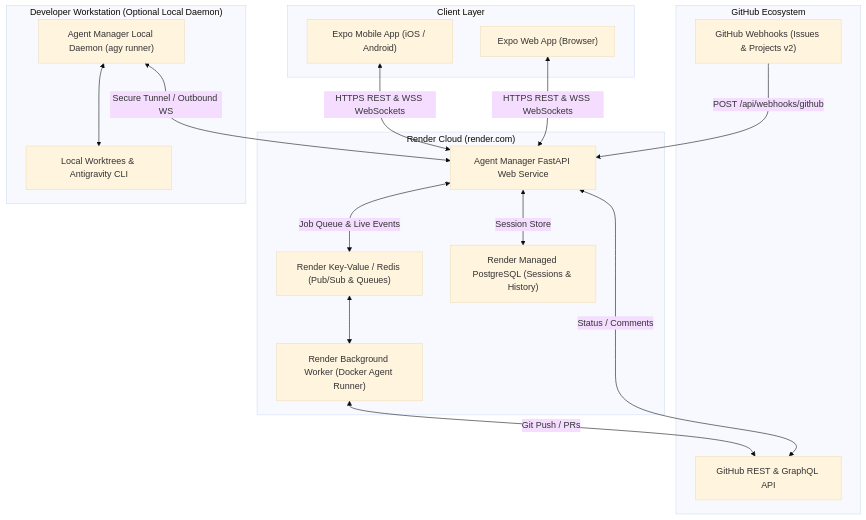
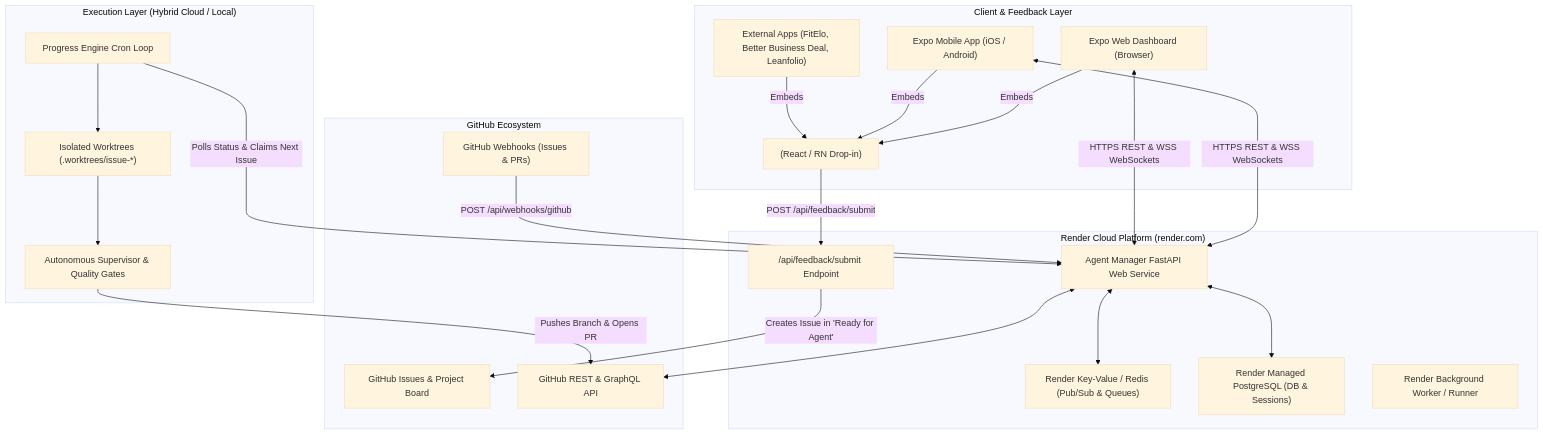
The diagram in docs/hosting_and_expo_plan.md (BowenMichael/agent-manager), drawn with Mermaid (base theme) before and after one commit. The commit also changed other lines of this file and 91 other files, not shown here.

Commit message:
feat: manifesto, metrics engine, progress daemon, hosting flywheel plan, and resume guide

````diff
--- a/docs/hosting_and_expo_plan.md
+++ b/docs/hosting_and_expo_plan.md
@@ -28,42 +60,52 @@
 ```mermaid
 flowchart TD
-    subgraph Client Layer
-        EXPO_WEB["Expo Web App (Browser)"]
+    subgraph ClientLayer ["Client & Feedback Layer"]
         EXPO_MOB["Expo Mobile App (iOS / Android)"]
+        EXPO_WEB["Expo Web Dashboard (Browser)"]
+        EXT_APPS["External Apps (FitElo, Better Business Deal, Leanfolio)"]
+        WIDGET["<AgentFeedbackWidget /> (React / RN Drop-in)"]
     end
 
-    subgraph Cloud Platform ["Render Cloud (render.com)"]
-        API_GATEWAY["Agent Manager FastAPI Web Service"]
+    subgraph CloudPlatform ["Render Cloud Platform (render.com)"]
+        API_GW["Agent Manager FastAPI Web Service"]
+        FEEDBACK_API["/api/feedback/submit Endpoint"]
         REDIS["Render Key-Value / Redis (Pub/Sub & Queues)"]
-        POSTGRES["Render Managed PostgreSQL (Sessions & History)"]
-        CLOUD_WORKER["Render Background Worker (Docker Agent Runner)"]
+        POSTGRES["Render Managed PostgreSQL (DB & Sessions)"]
+        WORKER["Render Background Worker / Runner"]
     end
 
-    subgraph GitHub Ecosystem
-        GH_HOOKS["GitHub Webhooks (Issues & Projects v2)"]
+    subgraph GitHubEcosystem ["GitHub Ecosystem"]
+        GH_ISSUES["GitHub Issues & Project Board"]
+        GH_HOOKS["GitHub Webhooks (Issues & PRs)"]
         GH_API["GitHub REST & GraphQL API"]
     end
 
-    subgraph Local Workstation ["Developer Workstation (Optional Local Daemon)"]
-        LOCAL_DAEMON["Agent Manager Local Daemon (agy runner)"]
-        LOCAL_WT["Local Worktrees & Antigravity CLI"]
+    subgraph ExecutionLayer ["Execution Layer (Hybrid Cloud / Local)"]
+        PROGRESS_DAEMON["Progress Engine Cron Loop"]
+        WORKTREE_MGR["Isolated Worktrees (.worktrees/issue-*)"]
+        SUPERVISOR["Autonomous Supervisor & Quality Gates"]
     end
 
-    %% Client connections
-    EXPO_WEB <-->|HTTPS REST & WSS WebSockets| API_GATEWAY
-    EXPO_MOB <-->|HTTPS REST & WSS WebSockets| API_GATEWAY
+    %% Feedback flow
+    EXT_APPS -->|Embeds| WIDGET
+    EXPO_MOB -->|Embeds| WIDGET
+    EXPO_WEB -->|Embeds| WIDGET
+    WIDGET -->|POST /api/feedback/submit| FEEDBACK_API
+    FEEDBACK_API -->|Creates Issue in 'Ready for Agent'| GH_ISSUES
 
-    %% Webhook connections
-    GH_HOOKS -->|POST /api/webhooks/github| API_GATEWAY
-    API_GATEWAY <-->|Status / Comments| GH_API
+    %% Control Plane connections
+    EXPO_WEB <-->|HTTPS REST & WSS WebSockets| API_GW
+    EXPO_MOB <-->|HTTPS REST & WSS WebSockets| API_GW
 
-    %% Backend connections
-    API_GATEWAY <-->|Session Store| POSTGRES
-    API_GATEWAY <-->|Job Queue & Live Events| REDIS
-    REDIS <--> CLOUD_WORKER
-    CLOUD_WORKER <-->|Git Push / PRs| GH_API
+    %% Webhook & Sync
+    GH_HOOKS -->|POST /api/webhooks/github| API_GW
+    API_GW <--> GH_API
+    API_GW <--> POSTGRES
+    API_GW <--> REDIS
 
-    %% Local agent link
-    LOCAL_DAEMON <-->|Secure Tunnel / Outbound WS| API_GATEWAY
-    LOCAL_DAEMON <--> LOCAL_WT
+    %% Autonomous execution loop
+    PROGRESS_DAEMON -->|Polls Status & Claims Next Issue| API_GW
+    PROGRESS_DAEMON --> WORKTREE_MGR
+    WORKTREE_MGR --> SUPERVISOR
+    SUPERVISOR -->|Pushes Branch & Opens PR| GH_API
 ```
````
